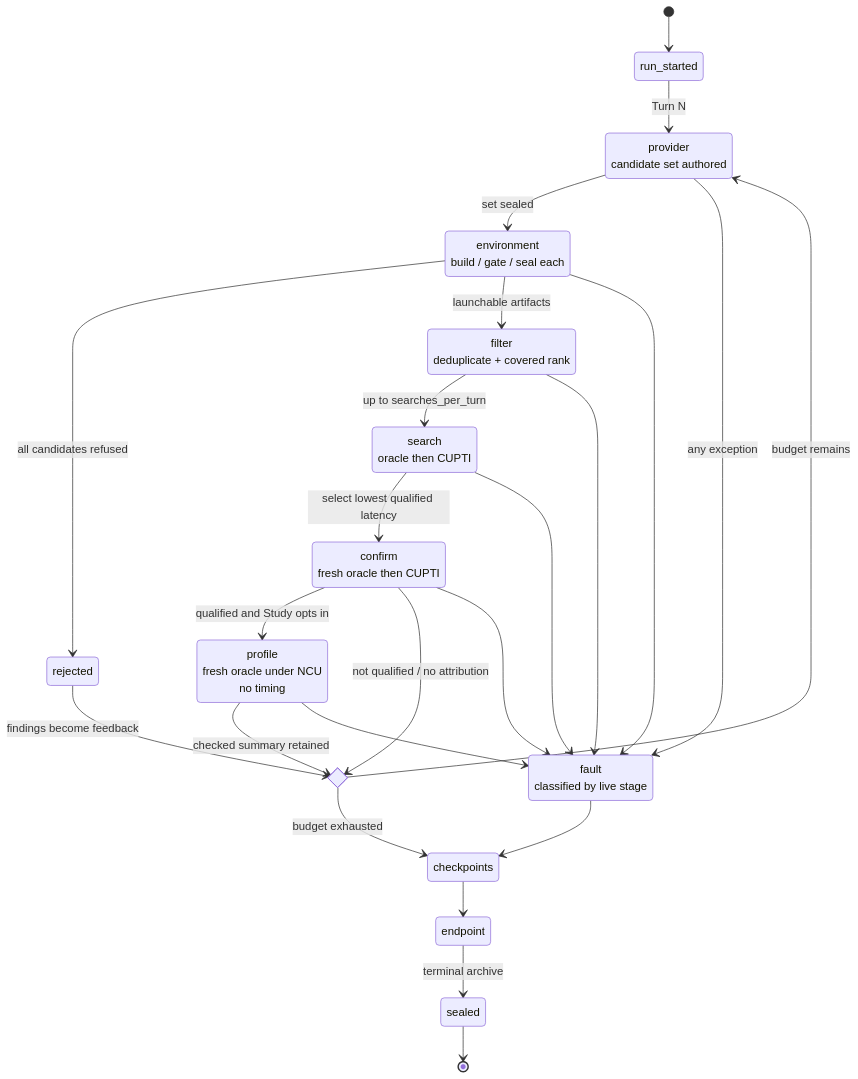
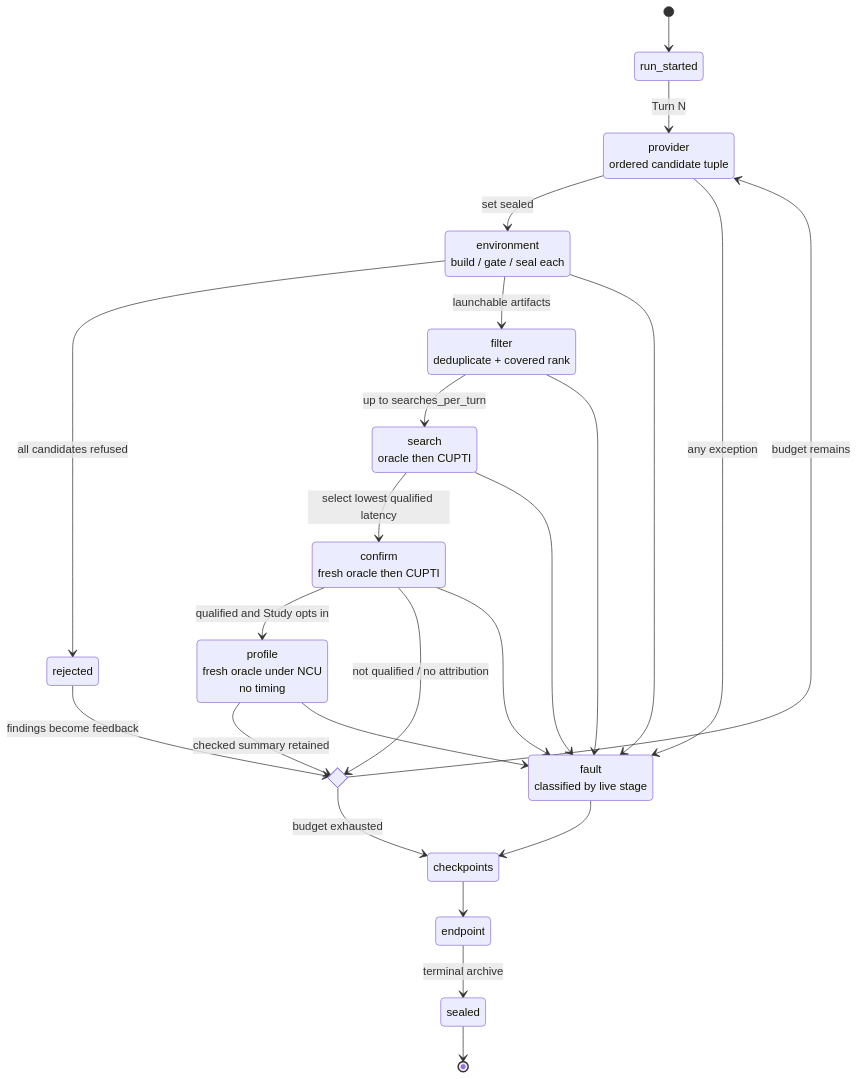
One commit to qhy991/open-cake-ir changed the fifth of 7 diagrams in docs/ARCHITECTURE.md. Above: the diagram before and after it, drawn with Mermaid. The commit also changed other lines of this file and 22 other files, not shown here.

````diff
--- a/docs/ARCHITECTURE.md
+++ b/docs/ARCHITECTURE.md
@@ -158,38 +158,38 @@
 ```mermaid
 stateDiagram-v2
     direction TB
-    state "provider<br/>candidate set authored" as provider
+    state "provider<br/>ordered candidate tuple" as provider
     state "environment<br/>build / gate / seal each" as environment
     state "filter<br/>deduplicate + covered rank" as filter
     state "search<br/>oracle then CUPTI" as search
     state "confirm<br/>fresh oracle then CUPTI" as confirm
     state "profile<br/>fresh oracle under NCU<br/>no timing" as profile
     state "fault<br/>classified by live stage" as fault
     state budget <<choice>>
 
     [*] --> run_started
     run_started --> provider: Turn N
     provider --> environment: set sealed
     environment --> rejected: all candidates refused
     environment --> filter: launchable artifacts
     filter --> search: up to searches_per_turn
     search --> confirm: select lowest qualified latency
     confirm --> profile: qualified and Study opts in
     confirm --> budget: not qualified / no attribution
     profile --> budget: checked summary retained
     rejected --> budget: findings become feedback
 
     budget --> provider: budget remains
     budget --> checkpoints: budget exhausted
 
     provider --> fault: any exception
     environment --> fault
     filter --> fault
     search --> fault
     confirm --> fault
     profile --> fault
     fault --> checkpoints
     checkpoints --> endpoint
     endpoint --> sealed: terminal archive
     sealed --> [*]
 ```
````
